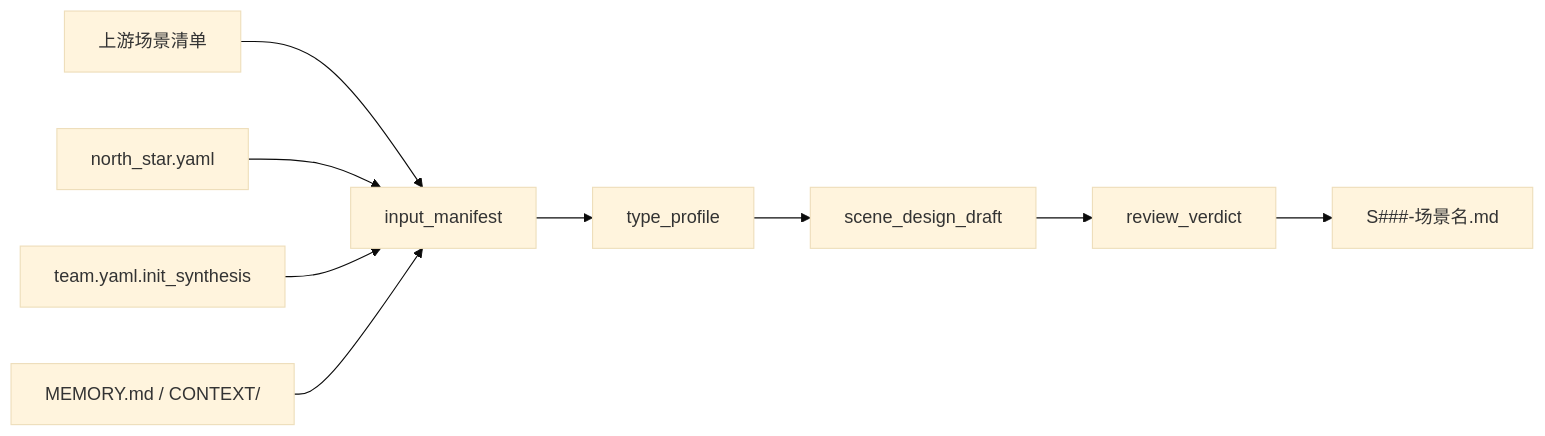
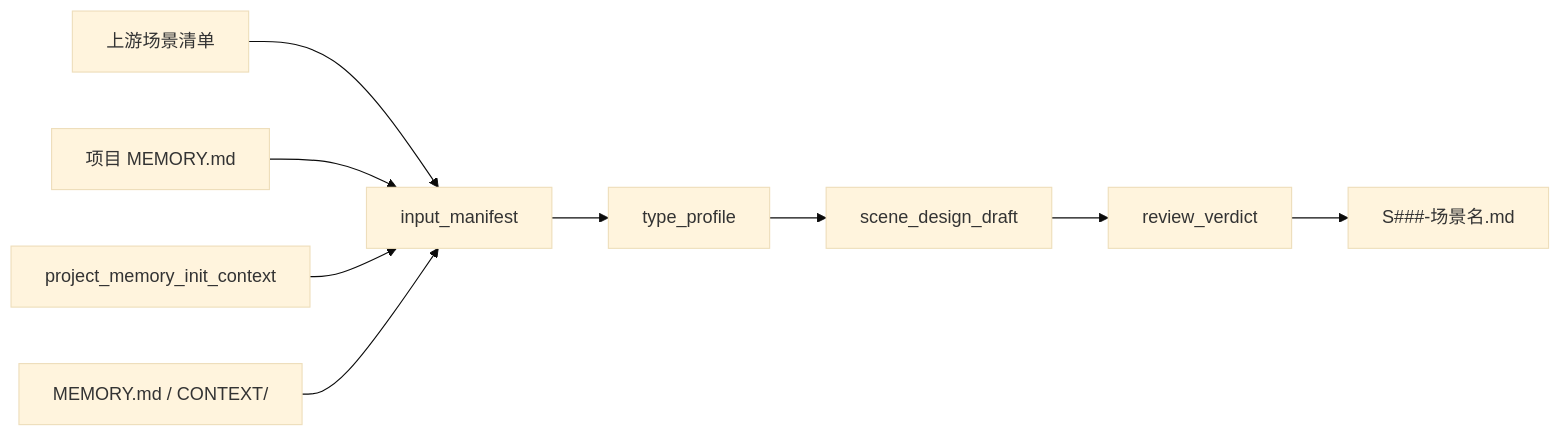
The second of 3 diagrams in .agents/skills/aigc/3-主体/场景/2-设计/SKILL.md (ZEN-VOID/AI-CUT), drawn with Mermaid (base theme) before and after one commit. The commit also changed other lines of this file and 439 other files, not shown here.

````diff
--- a/.agents/skills/aigc/3-主体/场景/2-设计/SKILL.md
+++ b/.agents/skills/aigc/3-主体/场景/2-设计/SKILL.md
@@ -161,11 +162,11 @@
 ```mermaid
 flowchart LR
     A["上游场景清单"] --> D["input_manifest"]
-    B["north_star.yaml"] --> D
-    C["team.yaml.init_synthesis"] --> D
+    B["项目 MEMORY.md"] --> D
+    C["project_memory_init_context"] --> D
     E["MEMORY.md / CONTEXT/"] --> D
     D --> F["type_profile"]
     F --> G["scene_design_draft"]
     G --> H["review_verdict"]
     H --> I["S###-场景名.md"]
 ```
````
